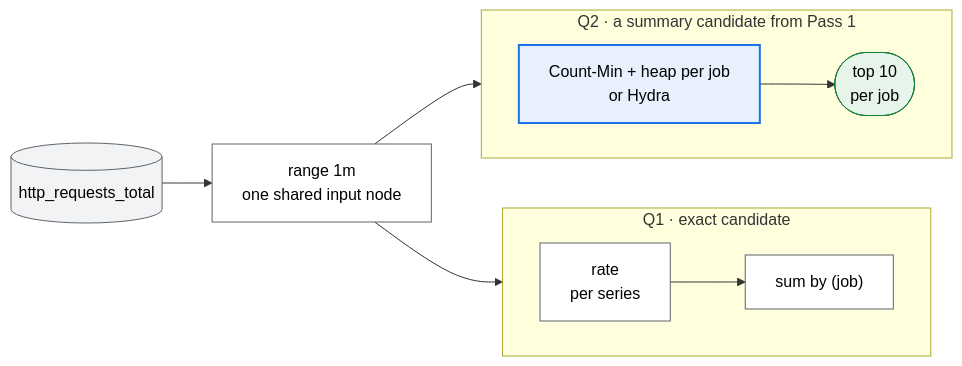
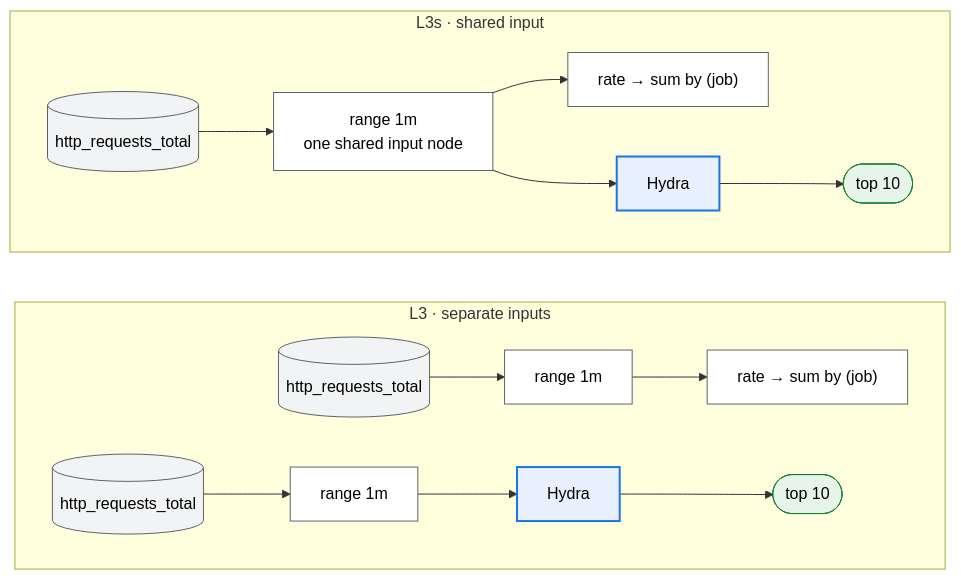
One commit to ProjectASAP/ASAPPlanner changed the fourth of 11 diagrams in docs/design_docs/proposals/planner-layering.md. Above: the diagram before and after it, drawn with Mermaid. The commit also changed other lines of this file, not shown here.

````diff
--- a/docs/design_docs/proposals/planner-layering.md
+++ b/docs/design_docs/proposals/planner-layering.md
@@ -435,18 +459,18 @@
 ```mermaid
 flowchart LR
-  in[("http_requests_total")]:::data --> r["range 1m<br/>one shared input node"]:::exact
-  subgraph Q1P["Q1 · exact candidate"]
+  subgraph SEP["L3 · separate inputs"]
     direction LR
-    q1a["rate<br/>per series"]:::exact --> q1b["sum by (job)"]:::exact
+    a1[("http_requests_total")]:::data --> a2["range 1m"]:::exact --> a3["rate → sum by (job)"]:::exact
+    b1[("http_requests_total")]:::data --> b2["range 1m"]:::exact --> b3["Hydra"]:::summary --> b4(["top 10"]):::estimate
   end
-  subgraph Q2P["Q2 · a summary candidate from Pass 1"]
+  subgraph SH["L3s · shared input"]
     direction LR
-    q2a["Count-Min + heap per job<br/>or Hydra"]:::summary --> q2b(["top 10<br/>per job"]):::estimate
+    c1[("http_requests_total")]:::data --> c2["range 1m<br/>one shared input node"]:::exact
+    c2 --> c3["rate → sum by (job)"]:::exact
+    c2 --> c4["Hydra"]:::summary --> c5(["top 10"]):::estimate
   end
-  r --> q1a
-  r --> q2a
   classDef data fill:#f1f3f4,stroke:#5f6368,color:#000;
   classDef exact fill:#fff,stroke:#5f6368,color:#000;
   classDef summary fill:#e8f0fe,stroke:#1a73e8,stroke-width:2px,color:#000;
   classDef estimate fill:#e6f4ea,stroke:#188038,color:#000;
 ```
````
